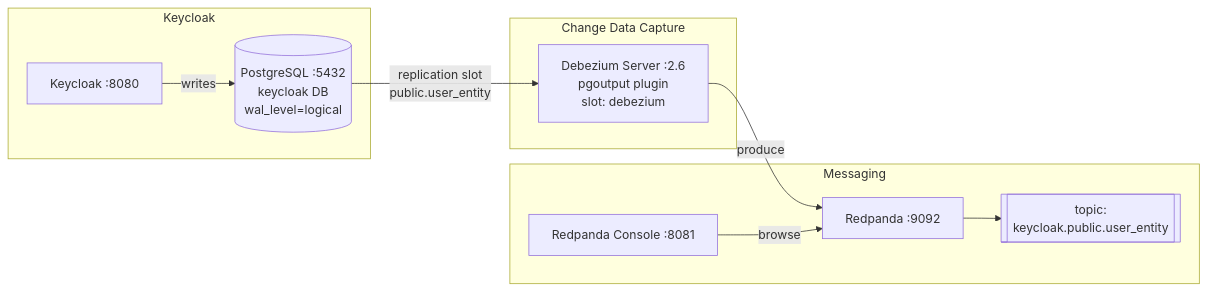
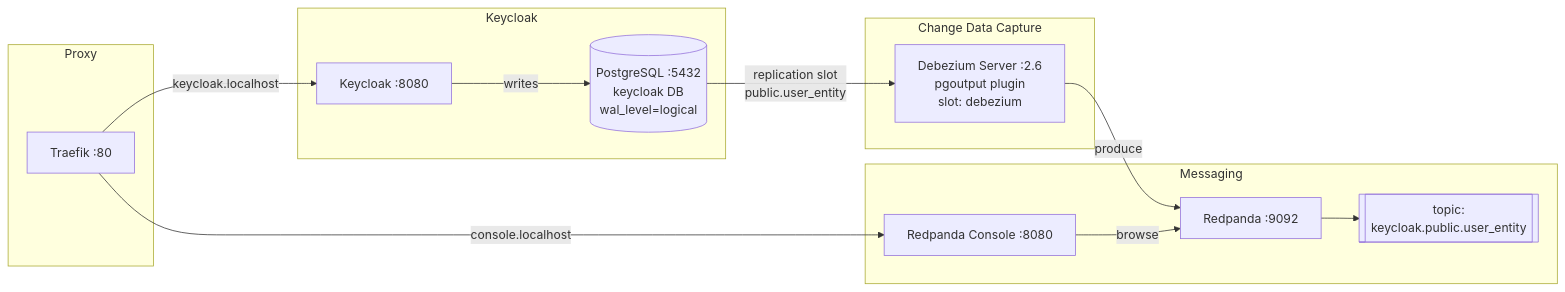
The diagram in README.md (mmalessa/small-ecosystem), drawn with Mermaid before and after one commit. The commit also changed other lines of this file and 1 other file, not shown here.

Commit message:
Add Traefik

````diff
--- a/README.md
+++ b/README.md
@@ -9,22 +9,29 @@
 ```mermaid
 flowchart LR
+    subgraph Proxy
+        TR[Traefik :80]
+    end
+
     subgraph Keycloak
         KC[Keycloak :8080]
         PG[(PostgreSQL :5432\nkeycloak DB\nwal_level=logical)]
         KC -- writes --> PG
     end
 
     subgraph CDC["Change Data Capture"]
         DBZ[Debezium Server :2.6\npgoutput plugin\nslot: debezium]
         PG -- replication slot\npublic.user_entity --> DBZ
     end
 
     subgraph Messaging
         RP[Redpanda :9092]
         TOPIC[[topic:\nkeycloak.public.user_entity]]
-        CON[Redpanda Console :8081]
+        CON[Redpanda Console :8080]
         DBZ -- produce --> RP
         RP --> TOPIC
         CON -- browse --> RP
     end
+
+    TR -- keycloak.localhost --> KC
+    TR -- console.localhost --> CON
 ```
````
